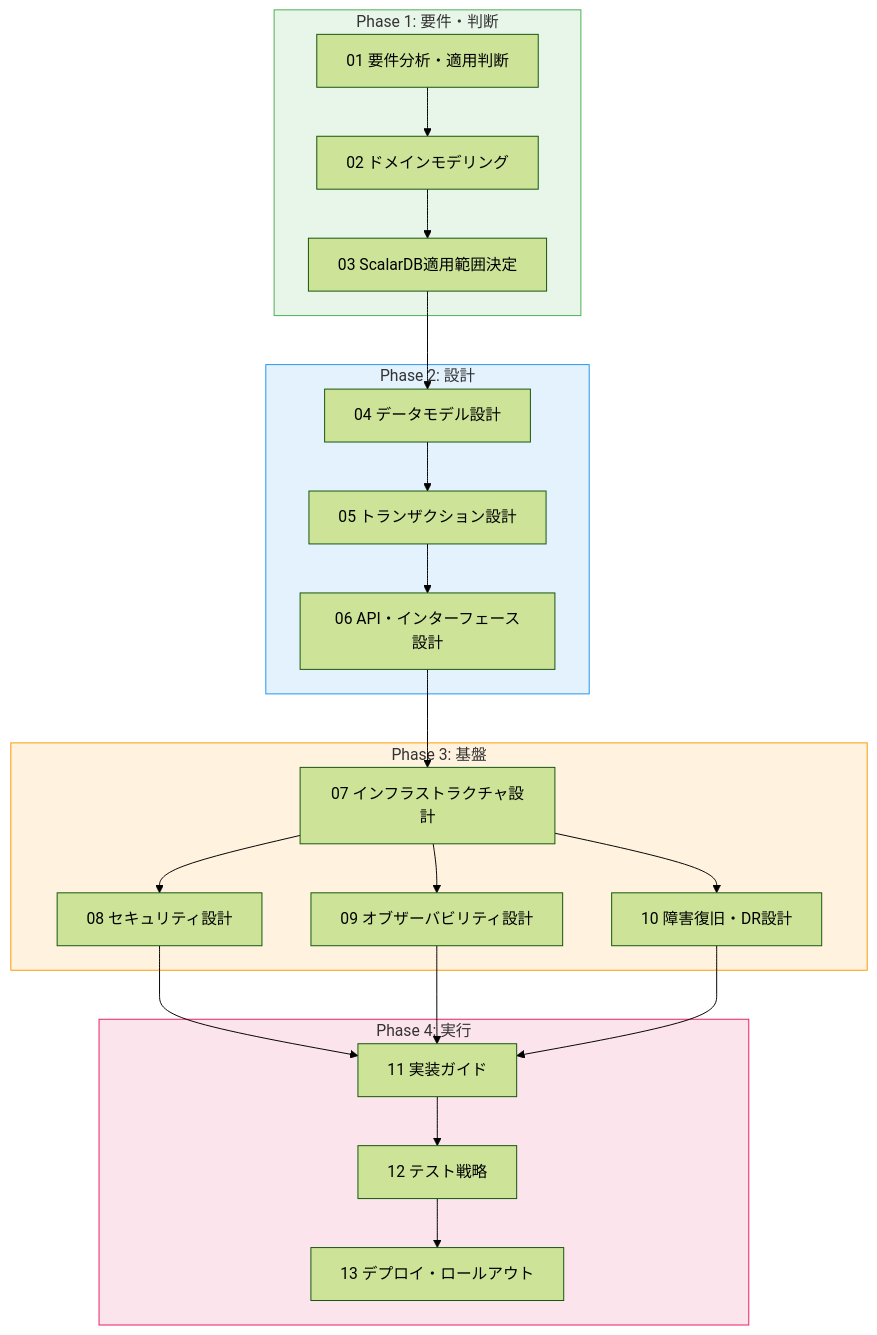
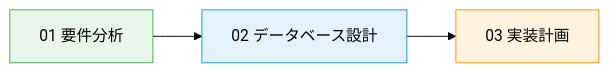
One commit to kazTera/coding-agent-for-yk changed the diagram in README.md. Above: the diagram before and after it, drawn with Mermaid (forest theme). The commit also changed other lines of this file and 63 other files, not shown here.

````diff
--- a/README.md
+++ b/README.md
@@ -43,43 +38,8 @@
 ```mermaid
-flowchart TD
-    subgraph Phase1["Phase 1: 要件・判断"]
-        W01["01 要件分析・適用判断"]
-        W02["02 ドメインモデリング"]
-        W03["03 ScalarDB適用範囲決定"]
-    end
+flowchart LR
+    W01["01 要件分析"] --> W02["02 データベース設計"] --> W03["03 実装計画"]
 
-    subgraph Phase2["Phase 2: 設計"]
-        W04["04 データモデル設計"]
-        W05["05 トランザクション設計"]
-        W06["06 API・インターフェース設計"]
-    end
-
-    subgraph Phase3["Phase 3: 基盤"]
-        W07["07 インフラストラクチャ設計"]
-        W08["08 セキュリティ設計"]
-        W09["09 オブザーバビリティ設計"]
-        W10["10 障害復旧・DR設計"]
-    end
-
-    subgraph Phase4["Phase 4: 実行"]
-        W11["11 実装ガイド"]
-        W12["12 テスト戦略"]
-        W13["13 デプロイ・ロールアウト"]
-    end
-
-    W01 --> W02 --> W03
-    W03 --> W04 --> W05 --> W06
-    W06 --> W07
-    W07 --> W08
-    W07 --> W09
-    W07 --> W10
-    W08 --> W11
-    W09 --> W11
-    W10 --> W11
-    W11 --> W12 --> W13
-
-    style Phase1 fill:#e8f5e9,stroke:#4caf50
-    style Phase2 fill:#e3f2fd,stroke:#2196f3
-    style Phase3 fill:#fff3e0,stroke:#ff9800
-    style Phase4 fill:#fce4ec,stroke:#e91e63
+    style W01 fill:#e8f5e9,stroke:#4caf50
+    style W02 fill:#e3f2fd,stroke:#2196f3
+    style W03 fill:#fff3e0,stroke:#ff9800
 ```
````
